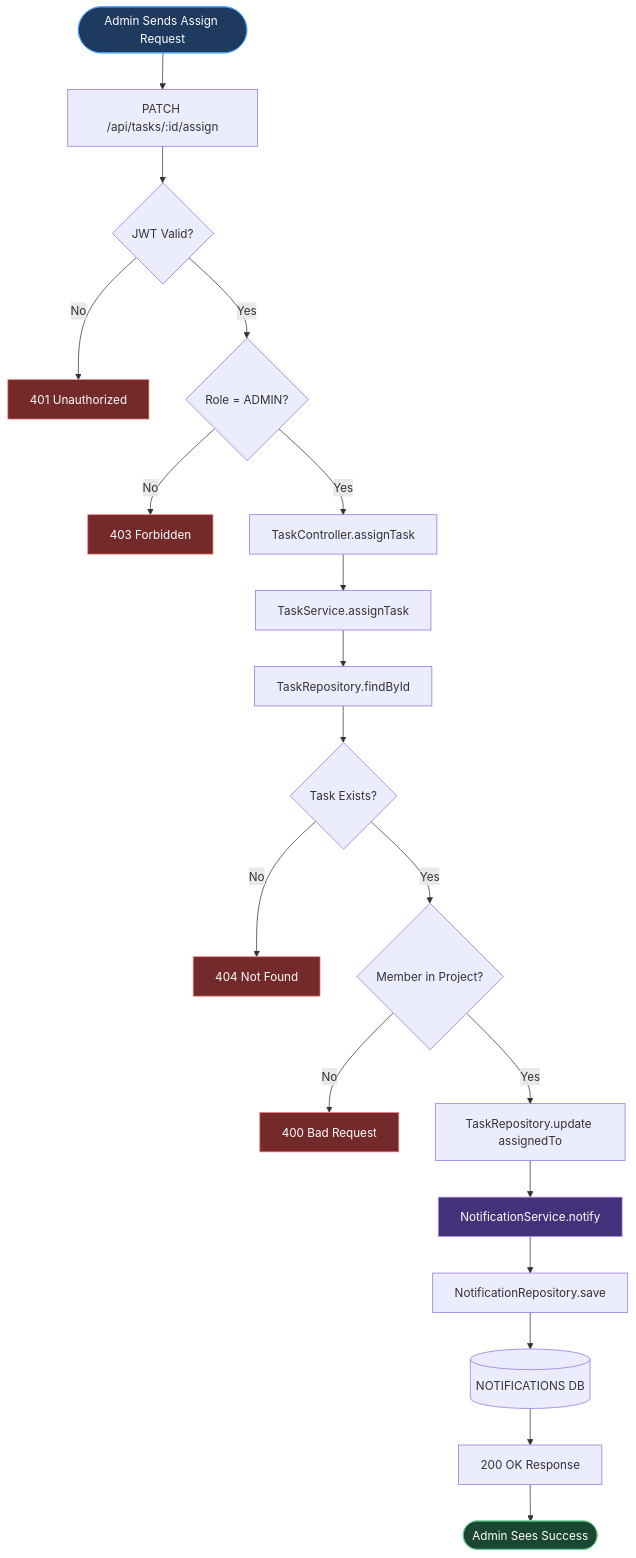
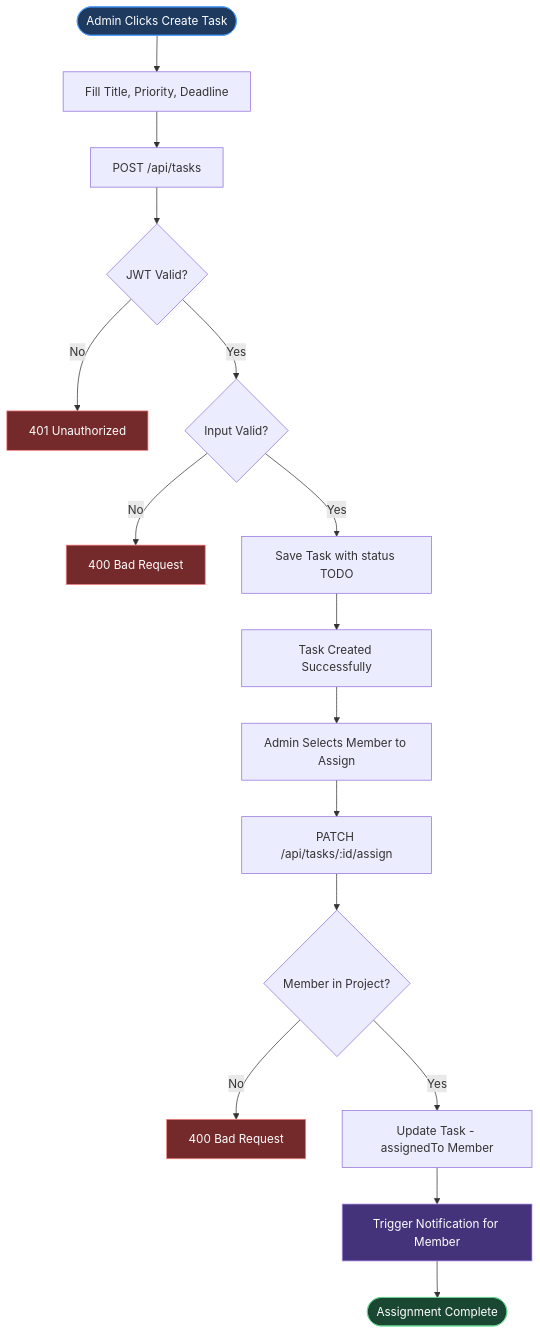
One commit to VIPAX-JIT/TaskFlow changed the third of 4 diagrams in sequenceDiagram.md. Above: the diagram before and after it, drawn with Mermaid. The commit also changed other lines of this file, not shown here.

Commit message:
making some simplier flowchart of complex diagram

````diff
--- a/sequenceDiagram.md
+++ b/sequenceDiagram.md
@@ -158,29 +114,25 @@
 ```mermaid
 flowchart TD
-    A([Admin Sends Assign Request]) --> B[PATCH /api/tasks/:id/assign]
-    B --> C{JWT Valid?}
-    C -->|No| D[401 Unauthorized]
-    C -->|Yes| E{Role = ADMIN?}
-    E -->|No| F[403 Forbidden]
-    E -->|Yes| G[TaskController.assignTask]
-    G --> H[TaskService.assignTask]
-    H --> I[TaskRepository.findById]
-    I --> J{Task Exists?}
-    J -->|No| K[404 Not Found]
-    J -->|Yes| L{Member in Project?}
+    A([Admin Clicks Create Task]) --> B[Fill Title, Priority, Deadline]
+    B --> C[POST /api/tasks]
+    C --> D{JWT Valid?}
+    D -->|No| E[401 Unauthorized]
+    D -->|Yes| F{Input Valid?}
+    F -->|No| G[400 Bad Request]
+    F -->|Yes| H[Save Task with status TODO]
+    H --> I[Task Created Successfully]
+    I --> J[Admin Selects Member to Assign]
+    J --> K[PATCH /api/tasks/:id/assign]
+    K --> L{Member in Project?}
     L -->|No| M[400 Bad Request]
-    L -->|Yes| N[TaskRepository.update assignedTo]
-    N --> O[NotificationService.notify]
-    O --> P[NotificationRepository.save]
-    P --> Q[(NOTIFICATIONS DB)]
-    Q --> R[200 OK Response]
-    R --> S([Admin Sees Success])
+    L -->|Yes| N[Update Task - assignedTo Member]
+    N --> O[Trigger Notification for Member]
+    O --> P([Assignment Complete])
 
     style A fill:#1e3a5f,stroke:#4a9eff,color:#fff
-    style D fill:#742a2a,stroke:#fc8181,color:#fff
-    style F fill:#742a2a,stroke:#fc8181,color:#fff
-    style K fill:#742a2a,stroke:#fc8181,color:#fff
+    style E fill:#742a2a,stroke:#fc8181,color:#fff
+    style G fill:#742a2a,stroke:#fc8181,color:#fff
     style M fill:#742a2a,stroke:#fc8181,color:#fff
-    style S fill:#1a4731,stroke:#68d391,color:#fff
+    style P fill:#1a4731,stroke:#68d391,color:#fff
     style O fill:#44337a,stroke:#b794f4,color:#fff
 ```
````
